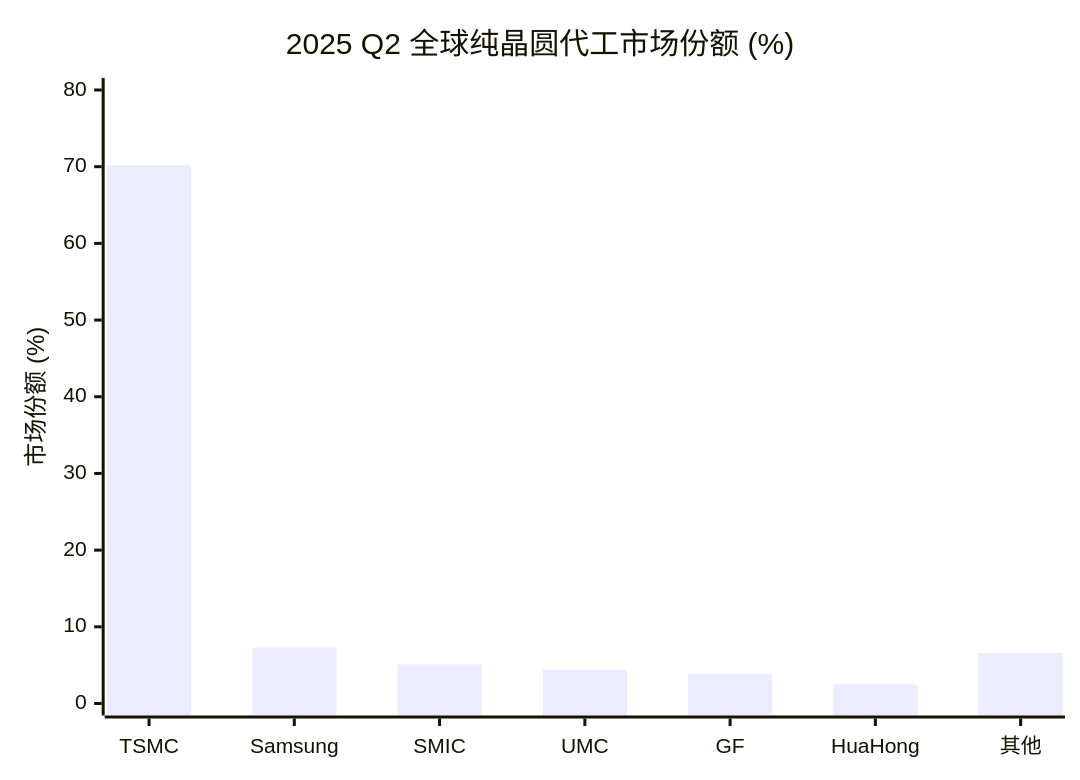
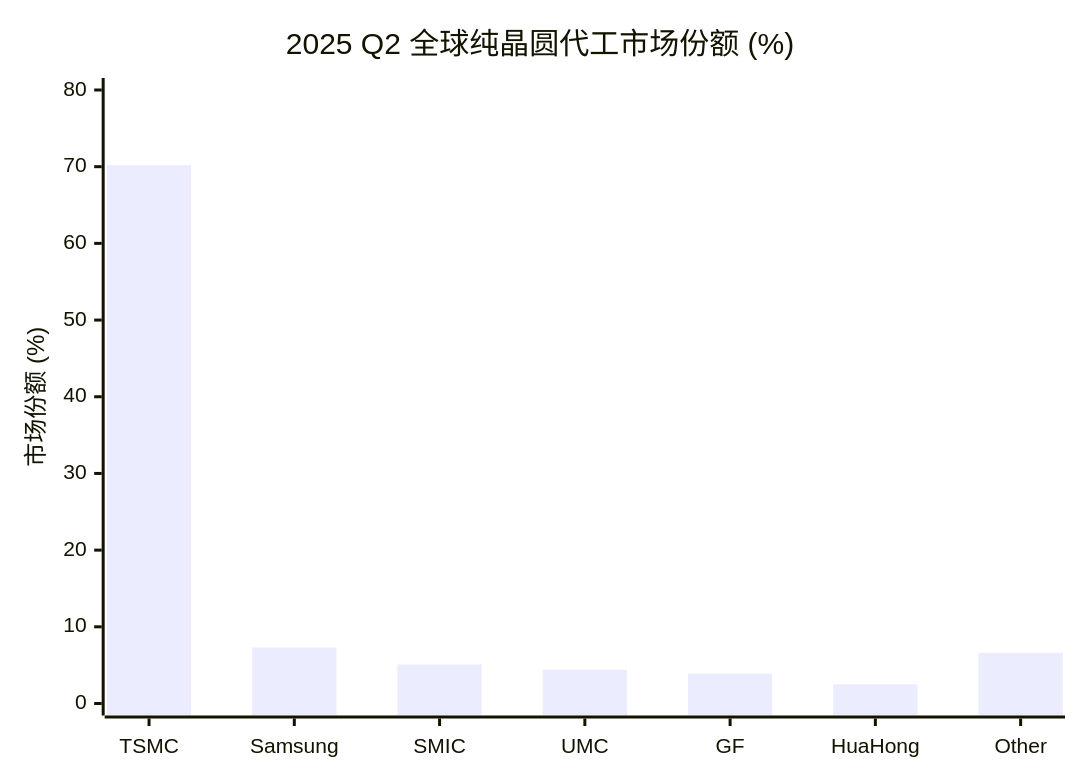
One commit to dadachundan/financial_agent changed the fifth of 6 diagrams in reports/company/SMIC_中芯国际_SSE688981/SMIC_中芯国际_SSE688981_公司研究.md. Above: the diagram before and after it, drawn with Mermaid. The commit also changed other lines of this file, not shown here.

````diff
--- a/reports/company/SMIC_中芯国际_SSE688981/SMIC_中芯国际_SSE688981_公司研究.md
+++ b/reports/company/SMIC_中芯国际_SSE688981/SMIC_中芯国际_SSE688981_公司研究.md
@@ -273,7 +871,7 @@
 ```mermaid
 xychart-beta
     title "2025 Q2 全球纯晶圆代工市场份额 (%)"
-    x-axis ["TSMC","Samsung","SMIC","UMC","GF","HuaHong","其他"]
+    x-axis ["TSMC", "Samsung", "SMIC", "UMC", "GF", "HuaHong", "Other"]
     y-axis "市场份额 (%)" 0 --> 80
     bar [70.2, 7.3, 5.1, 4.4, 3.9, 2.5, 6.6]
 ```
````
